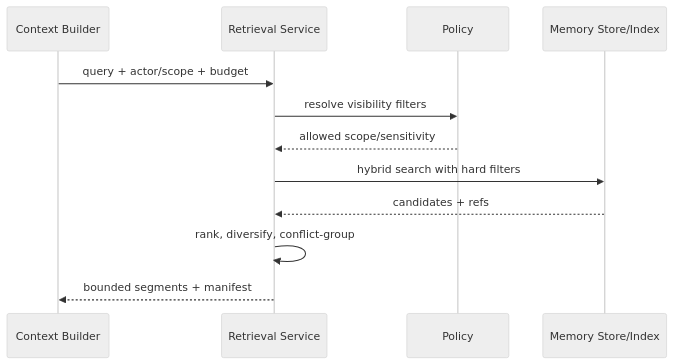
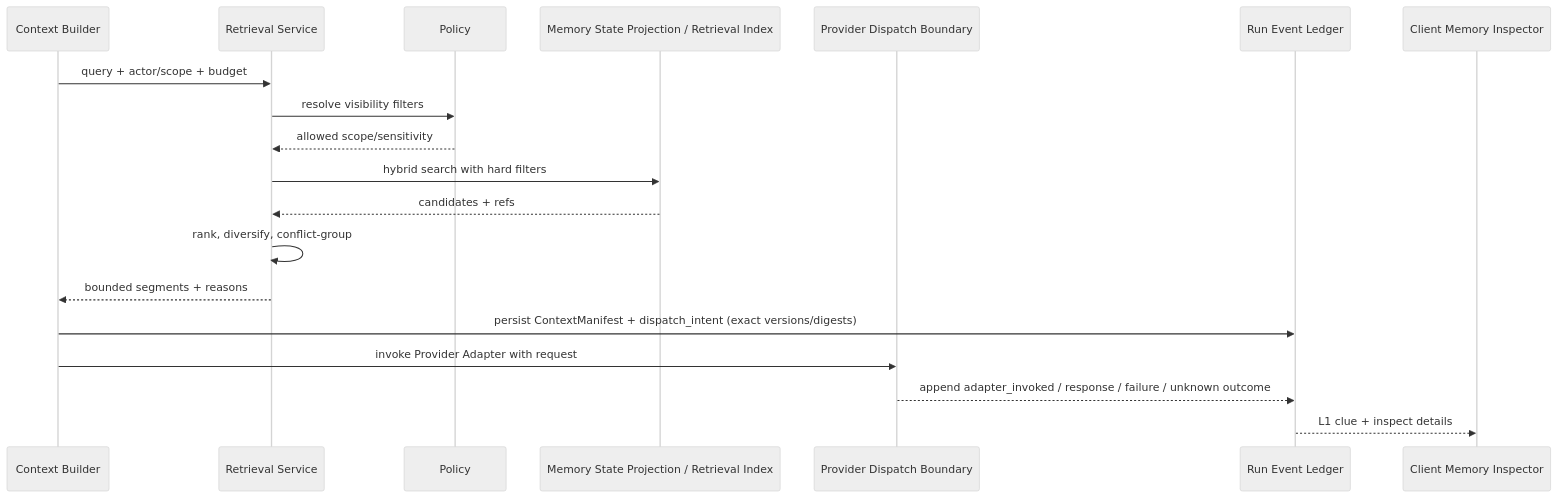
One commit to Cainheart/tracegraph-agent changed the second of 2 diagrams in docs/outlive-agent-v2/04-memory-and-experience/04-retrieval-context.md. Above: the diagram before and after it, drawn with Mermaid (neutral theme). The commit also changed other lines of this file and 35 other files, not shown here.

First line of the commit message:
docs(architecture): 以 Agent Runtime 与 Session/Evidence 取代三平面模型

````diff
--- a/docs/outlive-agent-v2/04-memory-and-experience/04-retrieval-context.md
+++ b/docs/outlive-agent-v2/04-memory-and-experience/04-retrieval-context.md
@@ -69,14 +87,21 @@
 ```mermaid
 sequenceDiagram
   participant C as Context Builder
   participant R as Retrieval Service
   participant P as Policy
-  participant S as Memory Store/Index
+  participant S as Memory State Projection / Retrieval Index
+  participant D as Provider Dispatch Boundary
+  participant L as Run Event Ledger
+  participant UI as Client Memory Inspector
   C->>R: query + actor/scope + budget
   R->>P: resolve visibility filters
   P-->>R: allowed scope/sensitivity
   R->>S: hybrid search with hard filters
   S-->>R: candidates + refs
   R->>R: rank, diversify, conflict-group
-  R-->>C: bounded segments + manifest
+  R-->>C: bounded segments + reasons
+  C->>L: persist ContextManifest + dispatch_intent (exact versions/digests)
+  C->>D: invoke Provider Adapter with request
+  D-->>L: append adapter_invoked / response / failure / unknown outcome
+  L-->>UI: L1 clue + inspect details
 ```
````
